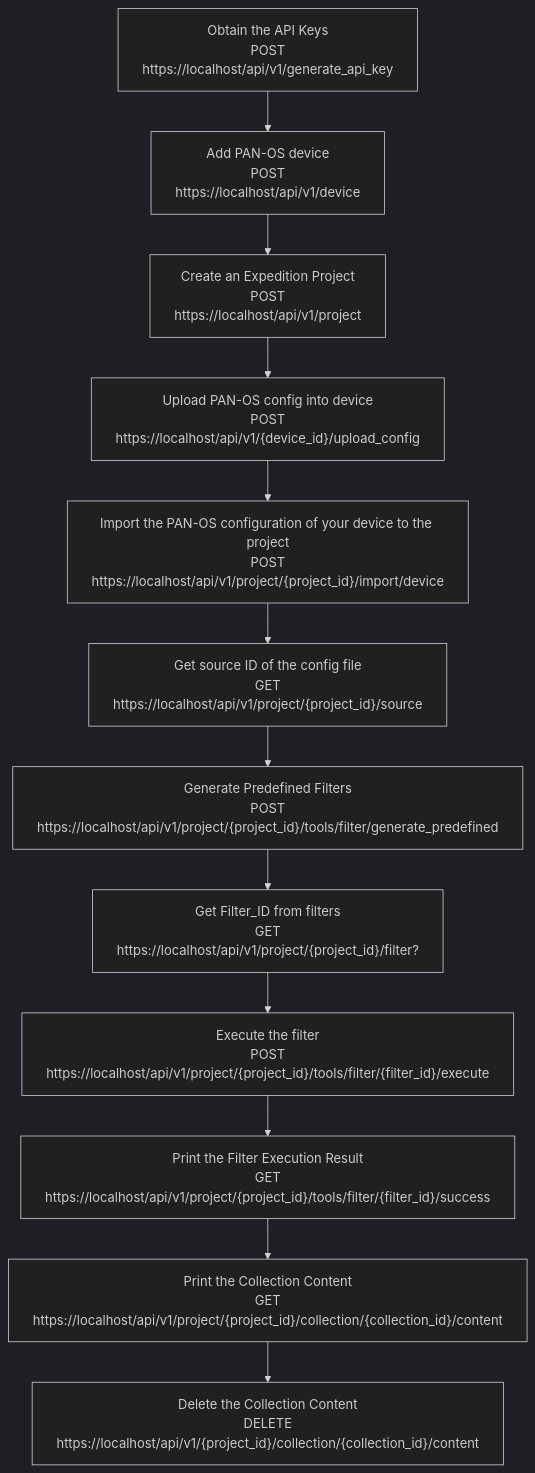
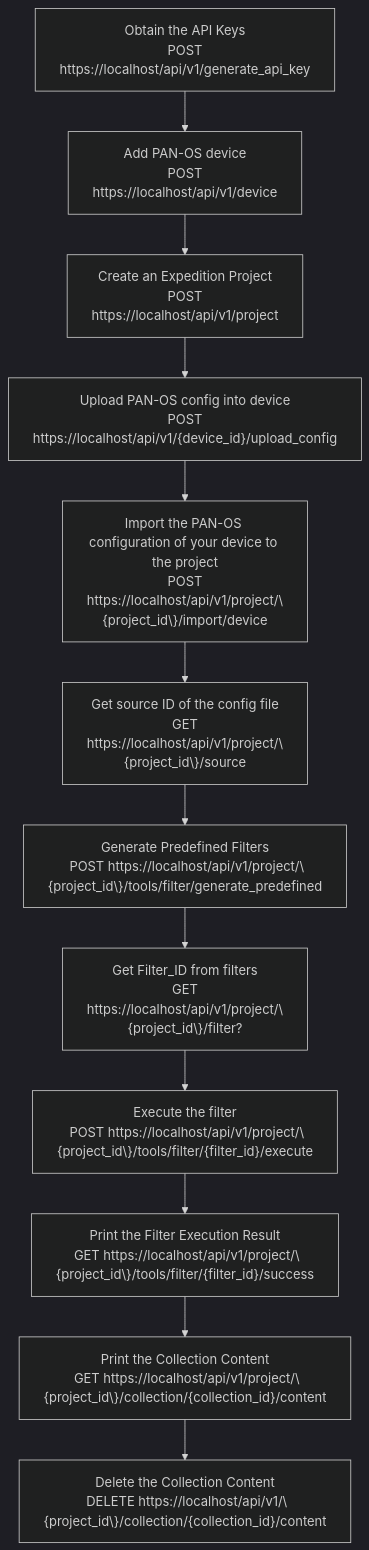
Before and after one commit to PaloAltoNetworks/pan.dev: the diagram in products/expedition/docs/expedition_workflow_removeunusedobject.md, drawn with Mermaid (dark theme). The commit also changed other lines of this file and 63 other files, not shown here.

````diff
--- a/products/expedition/docs/expedition_workflow_removeunusedobject.md
+++ b/products/expedition/docs/expedition_workflow_removeunusedobject.md
@@ -36,14 +37,14 @@
 ```mermaid
 flowchart TB
 A[Obtain the API Keys<br/> POST https://localhost/api/v1/generate_api_key ] --> C[Add PAN-OS device<br/> POST https://localhost/api/v1/device]
 C[Add PAN-OS device<br/> POST https://localhost/api/v1/device]  --> D[Create an Expedition Project<br/> POST https://localhost/api/v1/project]
 D[Create an Expedition Project<br/> POST https://localhost/api/v1/project]--> E["Upload PAN-OS config into device<br/> POST https://localhost/api/v1/{device_id}/upload_config"]
-E["Upload PAN-OS config into device<br/> POST https://localhost/api/v1/{device_id}/upload_config" ]--> F["Import the PAN-OS configuration of your device to the project<br/> POST https://localhost/api/v1/project/{project_id}/import/device"]
-F["Import the PAN-OS configuration of your device to the project<br/> POST https://localhost/api/v1/project/{project_id}/import/device"] --> G["Get source ID of the config file<br/> GET https://localhost/api/v1/project/{project_id}/source"]
-G["Get source ID of the config file<br/> GET https://localhost/api/v1/project/{project_id}/source"]-->H["Generate Predefined Filters<br/> POST https://localhost/api/v1/project/{project_id}/tools/filter/generate_predefined"]
-H["Generate Predefined Filters<br/> POST https://localhost/api/v1/project/{project_id}/tools/filter/generate_predefined"] -->I["Get Filter_ID from filters<br/> GET https://localhost/api/v1/project/{project_id}/filter?"]
-I["Get Filter_ID from filters<br/> GET https://localhost/api/v1/project/{project_id}/filter?"]-->J["Execute the filter<br/> POST https://localhost/api/v1/project/{project_id}/tools/filter/{filter_id}/execute"]
-J["Execute the filter<br/> POST https://localhost/api/v1/project/{project_id}/tools/filter/{filter_id}/execute"] --> K["Print the Filter Execution Result<br/> GET https://localhost/api/v1/project/{project_id}/tools/filter/{filter_id}/success"]
-K["Print the Filter Execution Result<br/> GET https://localhost/api/v1/project/{project_id}/tools/filter/{filter_id}/success"] --> L["Print the Collection Content<br/> GET https://localhost/api/v1/project/{project_id}/collection/{collection_id}/content"]
-L["Print the Collection Content<br/> GET https://localhost/api/v1/project/{project_id}/collection/{collection_id}/content"] --> M["Delete the Collection Content<br/> DELETE https://localhost/api/v1/{project_id}/collection/{collection_id}/content"]
+E["Upload PAN-OS config into device<br/> POST https://localhost/api/v1/{device_id}/upload_config" ]--> F["Import the PAN-OS configuration of your device to the project<br/> POST https://localhost/api/v1/project/\{project_id\}/import/device"]
+F["Import the PAN-OS configuration of your device to the project<br/> POST https://localhost/api/v1/project/\{project_id\}/import/device"] --> G["Get source ID of the config file<br/> GET https://localhost/api/v1/project/\{project_id\}/source"]
+G["Get source ID of the config file<br/> GET https://localhost/api/v1/project/\{project_id\}/source"]-->H["Generate Predefined Filters<br/> POST https://localhost/api/v1/project/\{project_id\}/tools/filter/generate_predefined"]
+H["Generate Predefined Filters<br/> POST https://localhost/api/v1/project/\{project_id\}/tools/filter/generate_predefined"] -->I["Get Filter_ID from filters<br/> GET https://localhost/api/v1/project/\{project_id\}/filter?"]
+I["Get Filter_ID from filters<br/> GET https://localhost/api/v1/project/\{project_id\}/filter?"]-->J["Execute the filter<br/> POST https://localhost/api/v1/project/\{project_id\}/tools/filter/{filter_id}/execute"]
+J["Execute the filter<br/> POST https://localhost/api/v1/project/\{project_id\}/tools/filter/{filter_id}/execute"] --> K["Print the Filter Execution Result<br/> GET https://localhost/api/v1/project/\{project_id\}/tools/filter/{filter_id}/success"]
+K["Print the Filter Execution Result<br/> GET https://localhost/api/v1/project/\{project_id\}/tools/filter/{filter_id}/success"] --> L["Print the Collection Content<br/> GET https://localhost/api/v1/project/\{project_id\}/collection/{collection_id}/content"]
+L["Print the Collection Content<br/> GET https://localhost/api/v1/project/\{project_id\}/collection/{collection_id}/content"] --> M["Delete the Collection Content<br/> DELETE https://localhost/api/v1/\{project_id\}/collection/{collection_id}/content"]
 ```  
````
